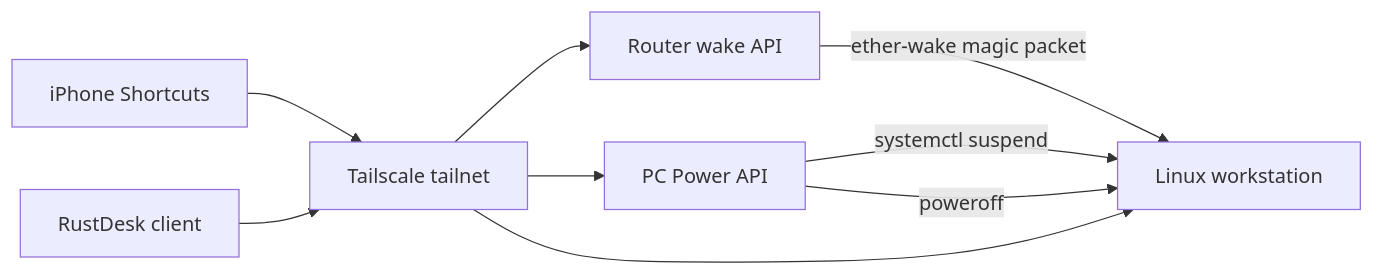
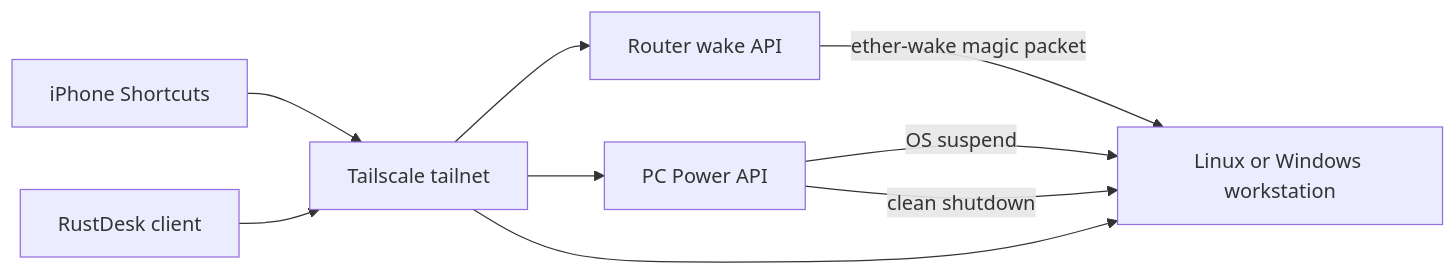
The diagram in README.md (nofihq/router-wol-remote-power), drawn with Mermaid before and after one commit. The commit also changed other lines of this file and 16 other files, not shown here.

````diff
--- a/README.md
+++ b/README.md
@@ -84,18 +89,18 @@
 ```mermaid
 flowchart LR
   phone["iPhone Shortcuts"]
   tailscale["Tailscale tailnet"]
   router["Router wake API"]
   pcapi["PC Power API"]
-  pc["Linux workstation"]
+  pc["Linux or Windows workstation"]
   rustdesk["RustDesk client"]
 
   phone --> tailscale
   tailscale --> router
   tailscale --> pcapi
   router -->|"ether-wake magic packet"| pc
-  pcapi -->|"systemctl suspend"| pc
-  pcapi -->|"poweroff"| pc
+  pcapi -->|"OS suspend"| pc
+  pcapi -->|"clean shutdown"| pc
   rustdesk --> tailscale
   tailscale --> pc
 ```
````
